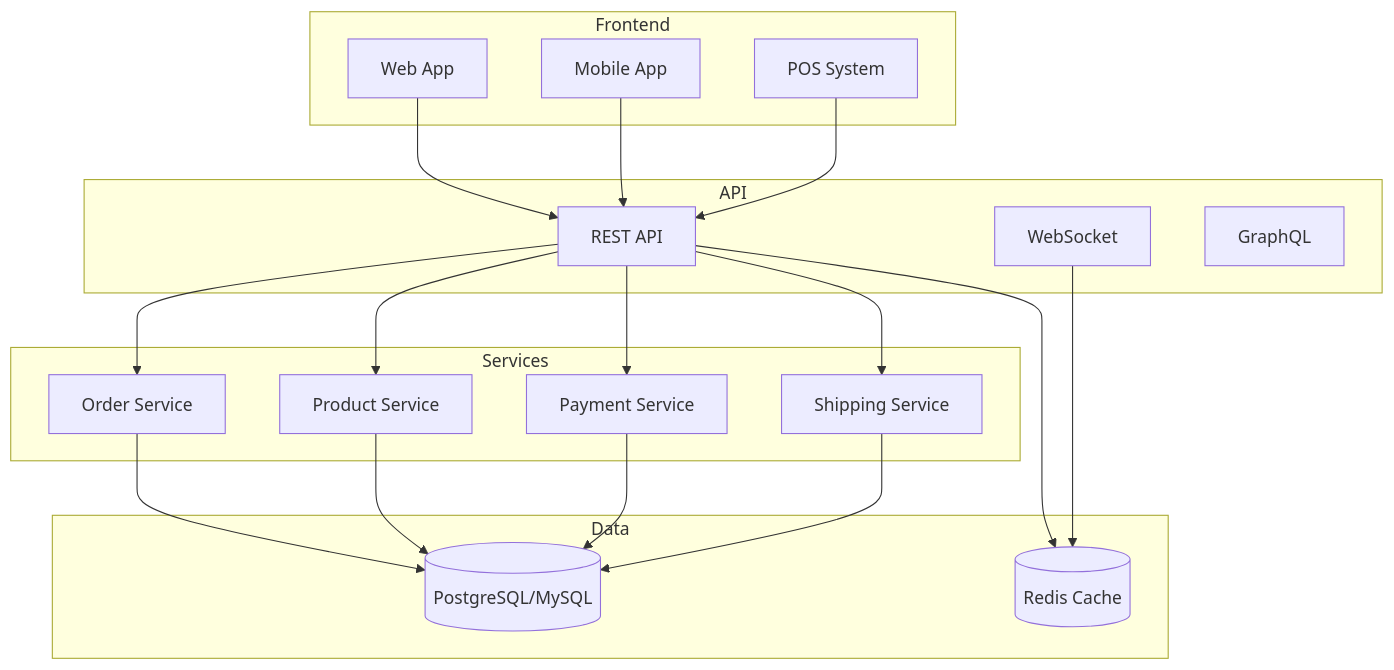
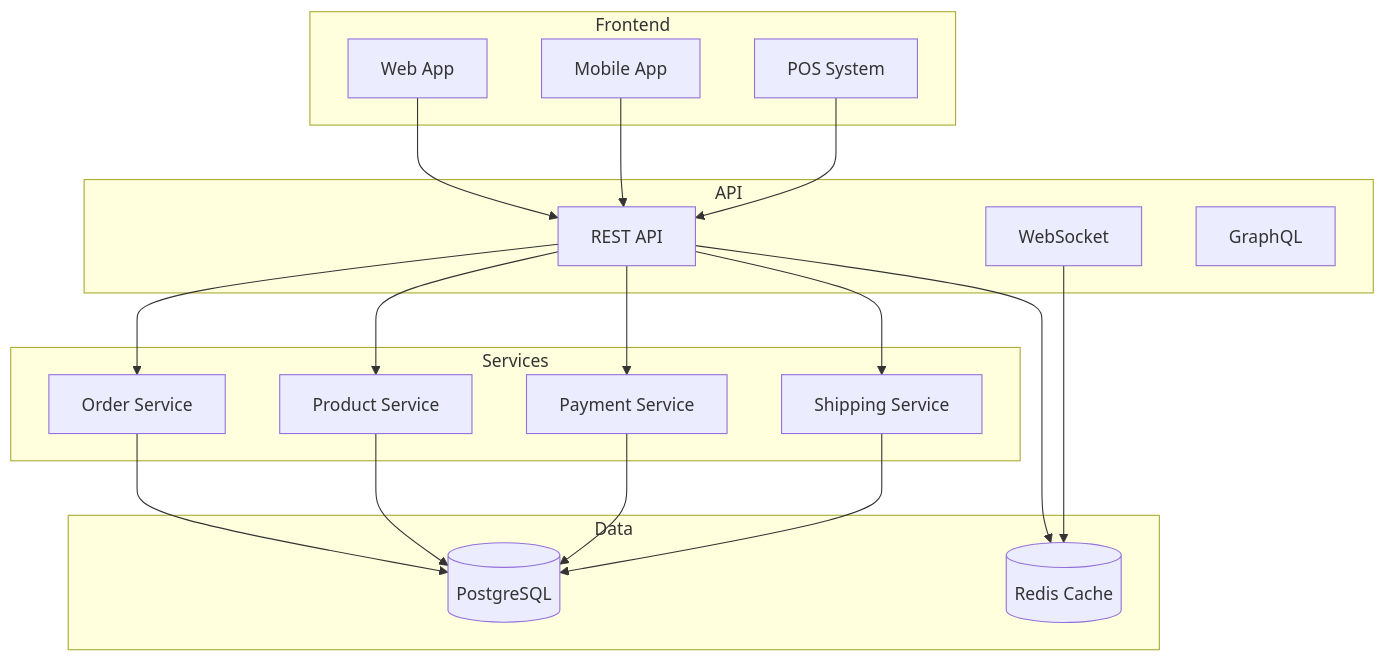
The diagram in docs-website/docs/index.md (creativebastard/rcommerce), drawn with Mermaid before and after one commit. The commit also changed 49 other files, not shown here.

First line of the commit message:
refactor: Remove MySQL and SQLite support - PostgreSQL only

````diff
--- a/docs-website/docs/index.md
+++ b/docs-website/docs/index.md
@@ -72,43 +72,43 @@
 ```mermaid
 graph TB
     subgraph Frontend
         WEB[Web App]
         MOBILE[Mobile App]
         POS[POS System]
     end
     
     subgraph API
         REST[REST API]
         WS[WebSocket]
         GQL[GraphQL]
     end
     
     subgraph Services
         OS[Order Service]
         PS[Product Service]
         PAYS[Payment Service]
         SS[Shipping Service]
     end
     
     subgraph Data
-        DB[(PostgreSQL/MySQL)]
+        DB[(PostgreSQL)]
         REDIS[(Redis Cache)]
     end
     
     WEB --> REST
     MOBILE --> REST
     POS --> REST
     
     REST --> OS
     REST --> PS
     REST --> PAYS
     REST --> SS
     
     OS --> DB
     PS --> DB
     PAYS --> DB
     SS --> DB
     
     REST --> REDIS
     WS --> REDIS
 ```
````
